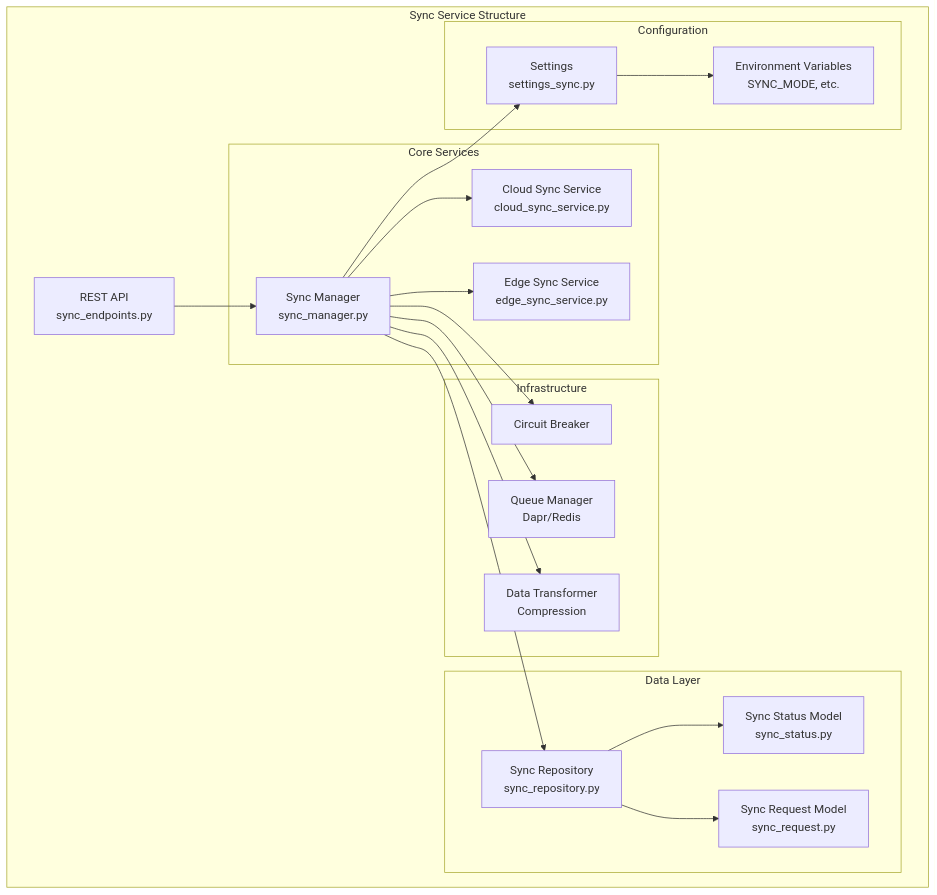
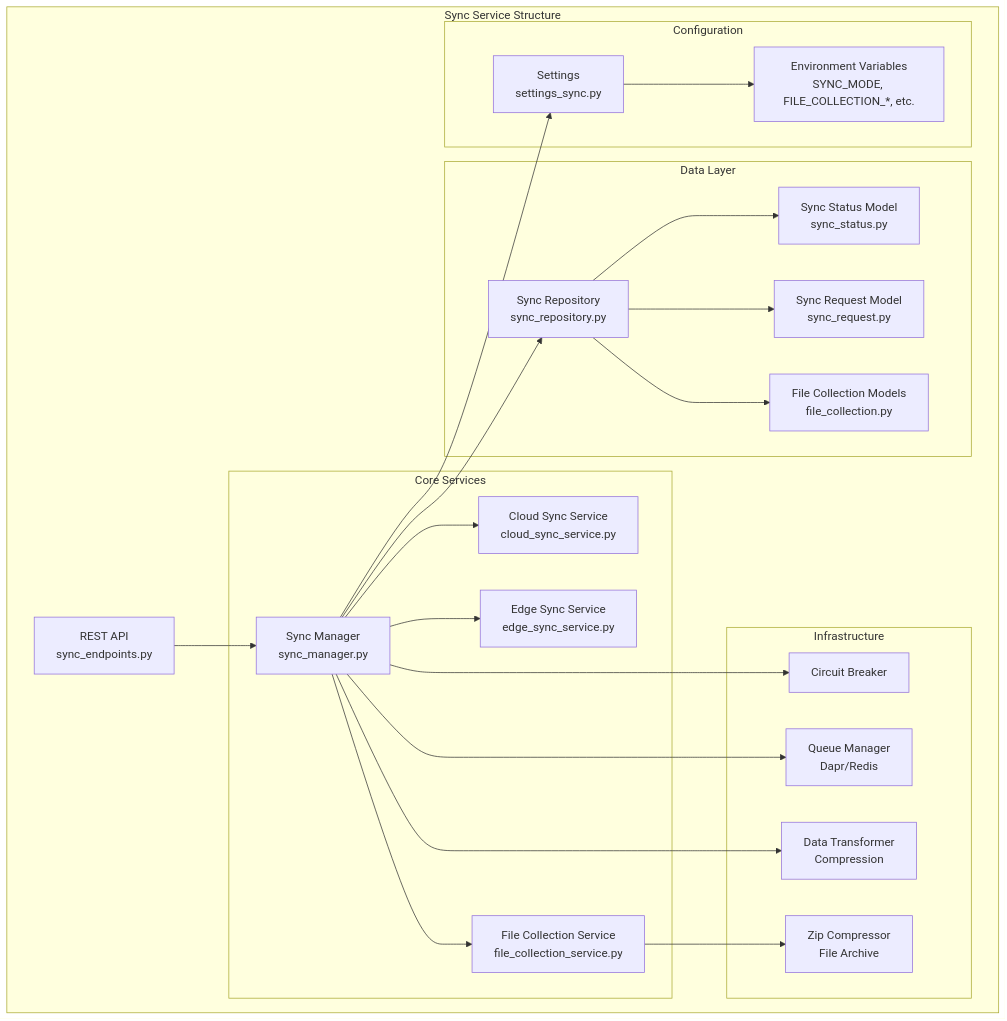
Before and after one commit to gaocuiping/kugelpos-stpos-docs-new: the diagram in notes/1-sync/architecture/5-sync-internal-architecture.md, drawn with Mermaid. The commit also changed other lines of this file and 11 other files, not shown here.

First line of the commit message:
Update sync service architecture and design documents

````diff
--- a/notes/1-sync/architecture/5-sync-internal-architecture.md
+++ b/notes/1-sync/architecture/5-sync-internal-architecture.md
@@ -80,41 +96,47 @@
 ```mermaid
 graph TB
     subgraph "Sync Service Structure"
         API[REST API<br/>sync_endpoints.py]
         
         subgraph "Core Services"
             SM[Sync Manager<br/>sync_manager.py]
             CSS[Cloud Sync Service<br/>cloud_sync_service.py]
             ESS[Edge Sync Service<br/>edge_sync_service.py]
+            FCS[File Collection Service<br/>file_collection_service.py]
         end
         
         subgraph "Data Layer"
             SR[Sync Repository<br/>sync_repository.py]
             SS[Sync Status Model<br/>sync_status.py]
             SReq[Sync Request Model<br/>sync_request.py]
+            FCM[File Collection Models<br/>file_collection.py]
         end
         
         subgraph "Infrastructure"
             CB[Circuit Breaker]
             QM[Queue Manager<br/>Dapr/Redis]
             DT[Data Transformer<br/>Compression]
+            ZC[Zip Compressor<br/>File Archive]
         end
         
         subgraph "Configuration"
             SC[Settings<br/>settings_sync.py]
-            ENV[Environment Variables<br/>SYNC_MODE, etc.]
+            ENV[Environment Variables<br/>SYNC_MODE, FILE_COLLECTION_*, etc.]
         end
         
         API --> SM
         SM --> CSS
         SM --> ESS
+        SM --> FCS
         SM --> SR
         SR --> SS
         SR --> SReq
+        SR --> FCM
         SM --> CB
         SM --> QM
         SM --> DT
+        FCS --> ZC
         SC --> ENV
         SM --> SC
     end
 ```
````
